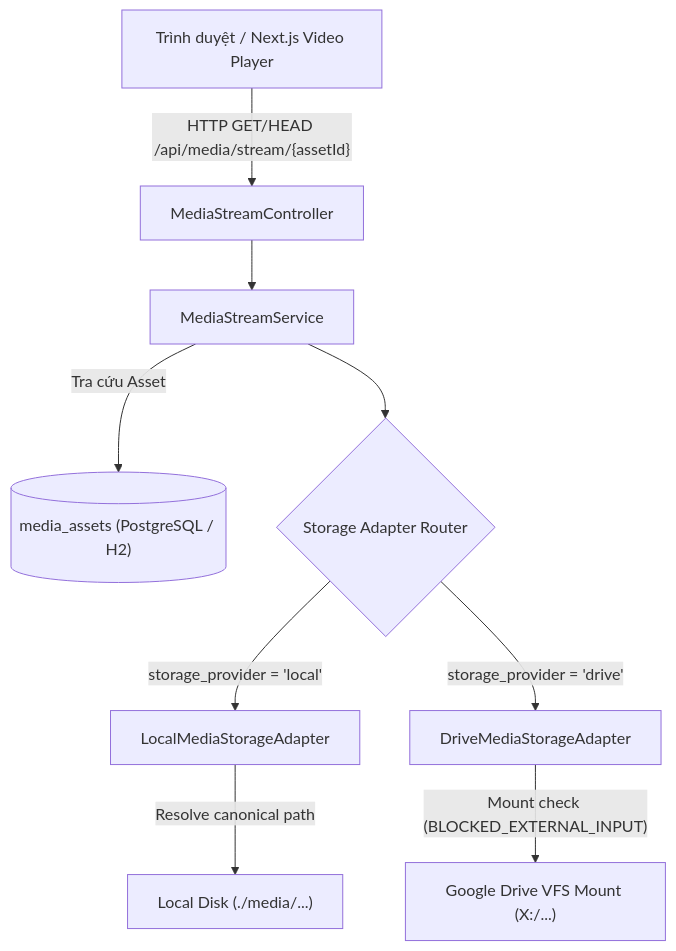
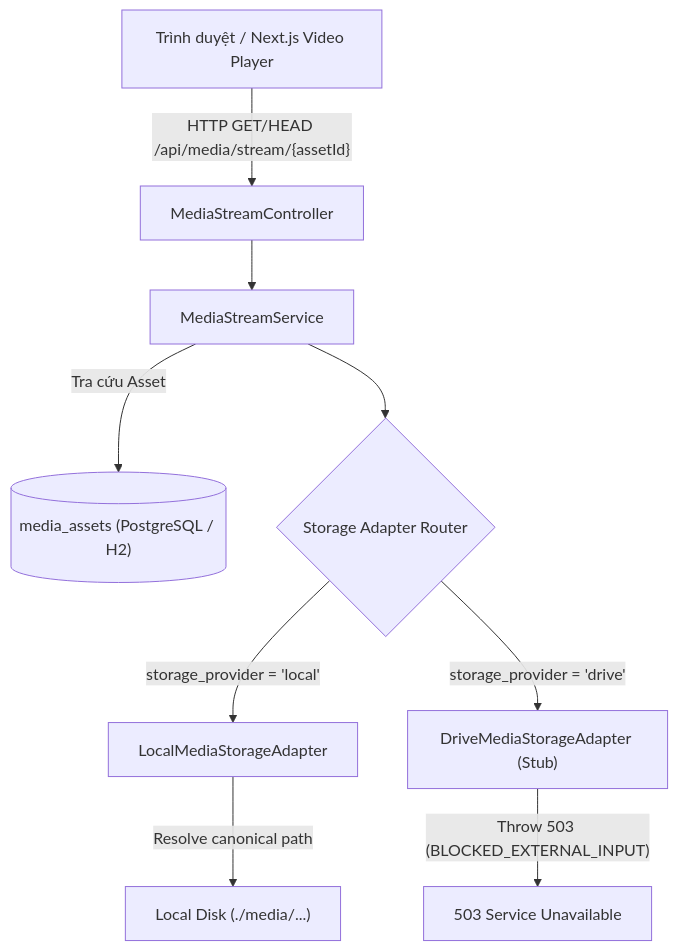
Before and after one commit to Feanor1206/movie-rcm-system: the diagram in docs/runbooks/MEDIA_STORAGE_RUNBOOK.md, drawn with Mermaid. The commit also changed other lines of this file and 39 other files, not shown here.

````diff
--- a/docs/runbooks/MEDIA_STORAGE_RUNBOOK.md
+++ b/docs/runbooks/MEDIA_STORAGE_RUNBOOK.md
@@ -14,11 +14,11 @@
 ```mermaid
 flowchart TD
     Client["Trình duyệt / Next.js Video Player"] -->|"HTTP GET/HEAD /api/media/stream/{assetId}"| Controller["MediaStreamController"]
     Controller --> Service["MediaStreamService"]
     Service -->|"Tra cứu Asset"| DB[("media_assets (PostgreSQL / H2)")]
     Service --> Router{"Storage Adapter Router"}
     Router -->|"storage_provider = 'local'"| LocalAdapter["LocalMediaStorageAdapter"]
-    Router -->|"storage_provider = 'drive'"| DriveAdapter["DriveMediaStorageAdapter"]
+    Router -->|"storage_provider = 'drive'"| DriveAdapter["DriveMediaStorageAdapter (Stub)"]
     LocalAdapter -->|"Resolve canonical path"| LocalDisk["Local Disk (./media/...)"]
-    DriveAdapter -->|"Mount check (BLOCKED_EXTERNAL_INPUT)"| DriveMount["Google Drive VFS Mount (X:/...)"]
+    DriveAdapter -->|"Throw 503 (BLOCKED_EXTERNAL_INPUT)"| DriveUnavailable["503 Service Unavailable"]
 ```
````
